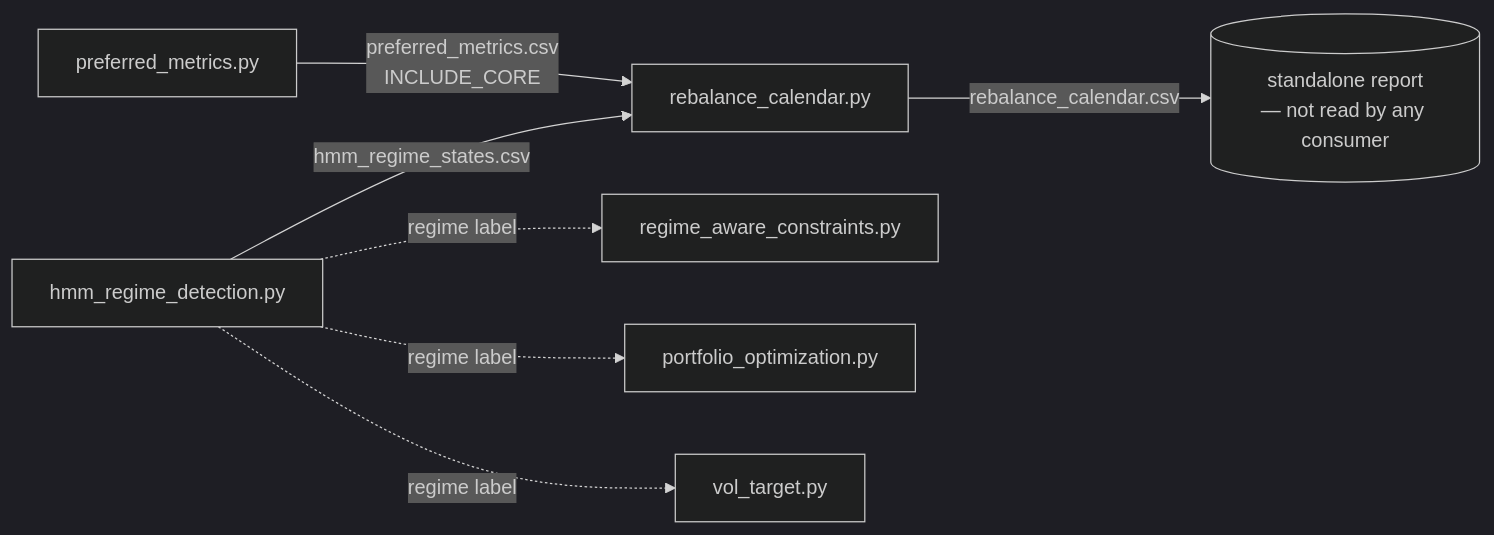
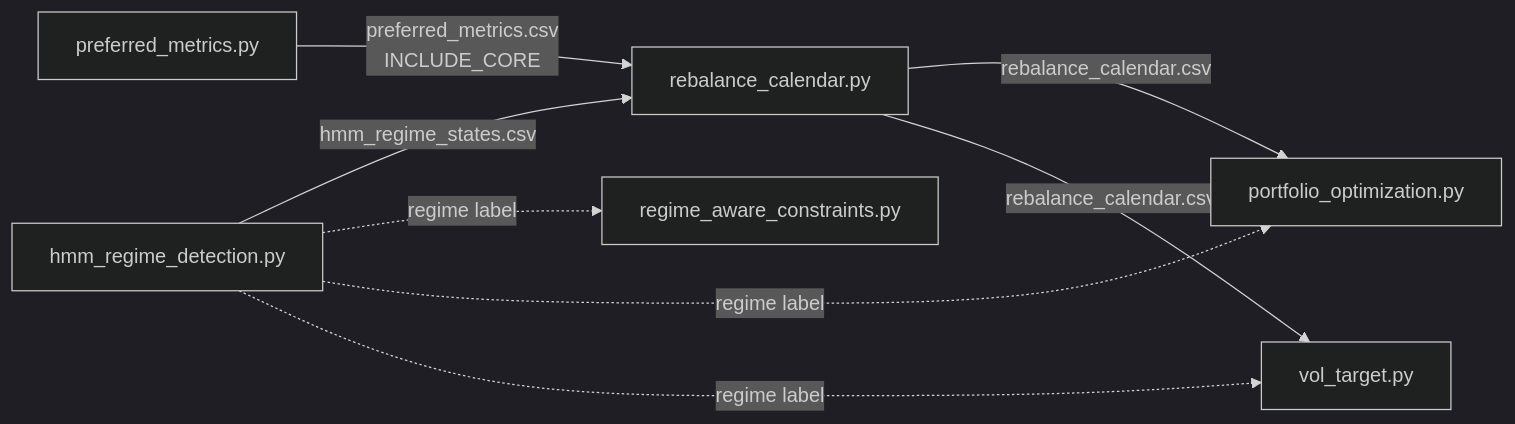
The second of 2 diagrams in docs/rebalance_calendar.md (derekm/stock_monitor), drawn with Mermaid (dark theme) before and after one commit. The commit also changed other lines of this file and 1 other file, not shown here.

First line of the commit message:
docs: mark orphaned-calendar issue resolved; update rebalance_calendar.md

````diff
--- a/docs/rebalance_calendar.md
+++ b/docs/rebalance_calendar.md
@@ -37,9 +37,9 @@
 ```mermaid
 flowchart LR
   HMM[hmm_regime_detection.py] -->|hmm_regime_states.csv| CAL
   PREF[preferred_metrics.py] -->|preferred_metrics.csv<br/>INCLUDE_CORE| CAL
-  CAL[rebalance_calendar.py] -->|rebalance_calendar.csv| ORPHAN[(standalone report<br/>— not read by any consumer)]
+  CAL[rebalance_calendar.py] -->|rebalance_calendar.csv| PO[portfolio_optimization.py] & VT[vol_target.py]
   HMM -. regime label .-> RAC[regime_aware_constraints.py]
-  HMM -. regime label .-> PO[portfolio_optimization.py]
-  HMM -. regime label .-> VT[vol_target.py]
+  HMM -. regime label .-> PO
+  HMM -. regime label .-> VT
 ```
````
